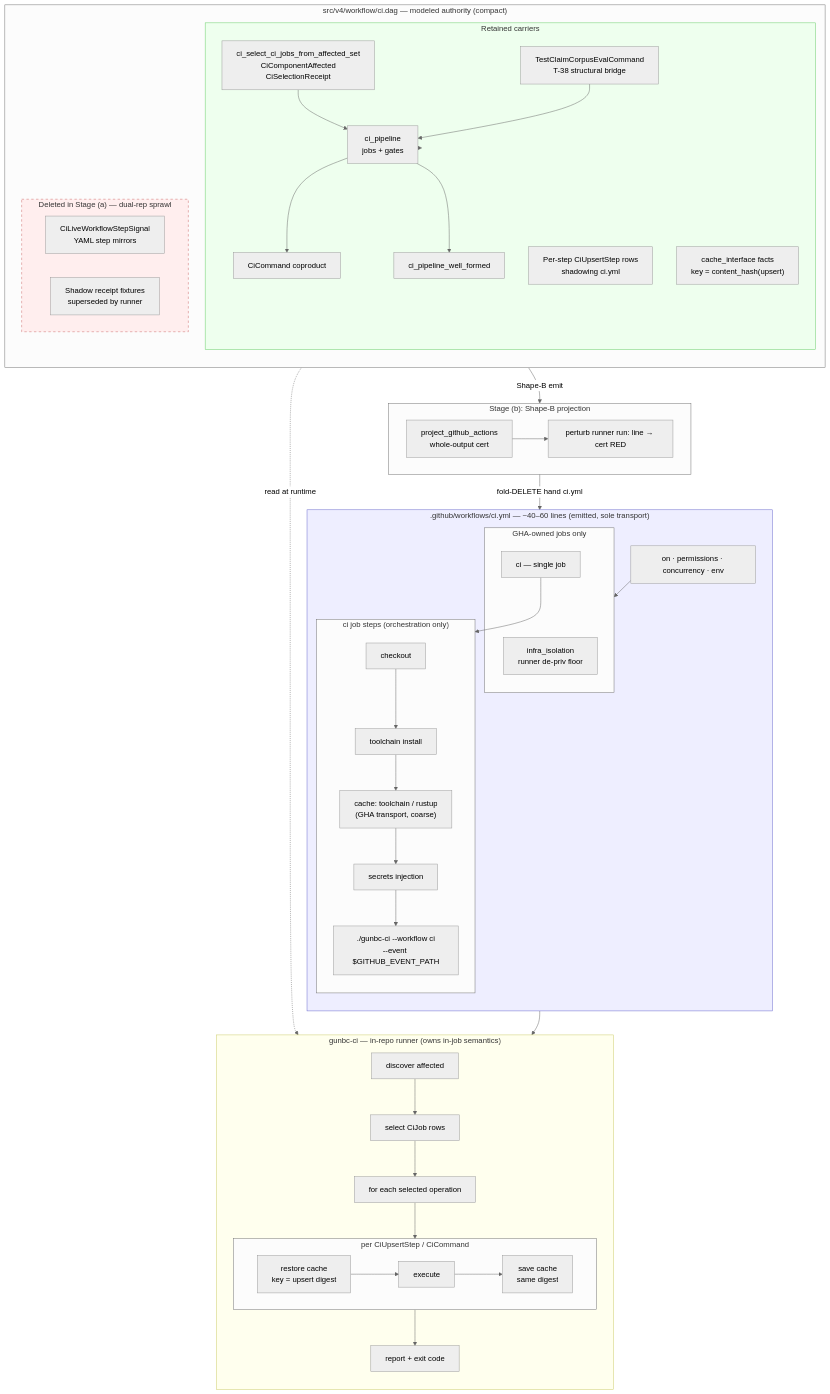
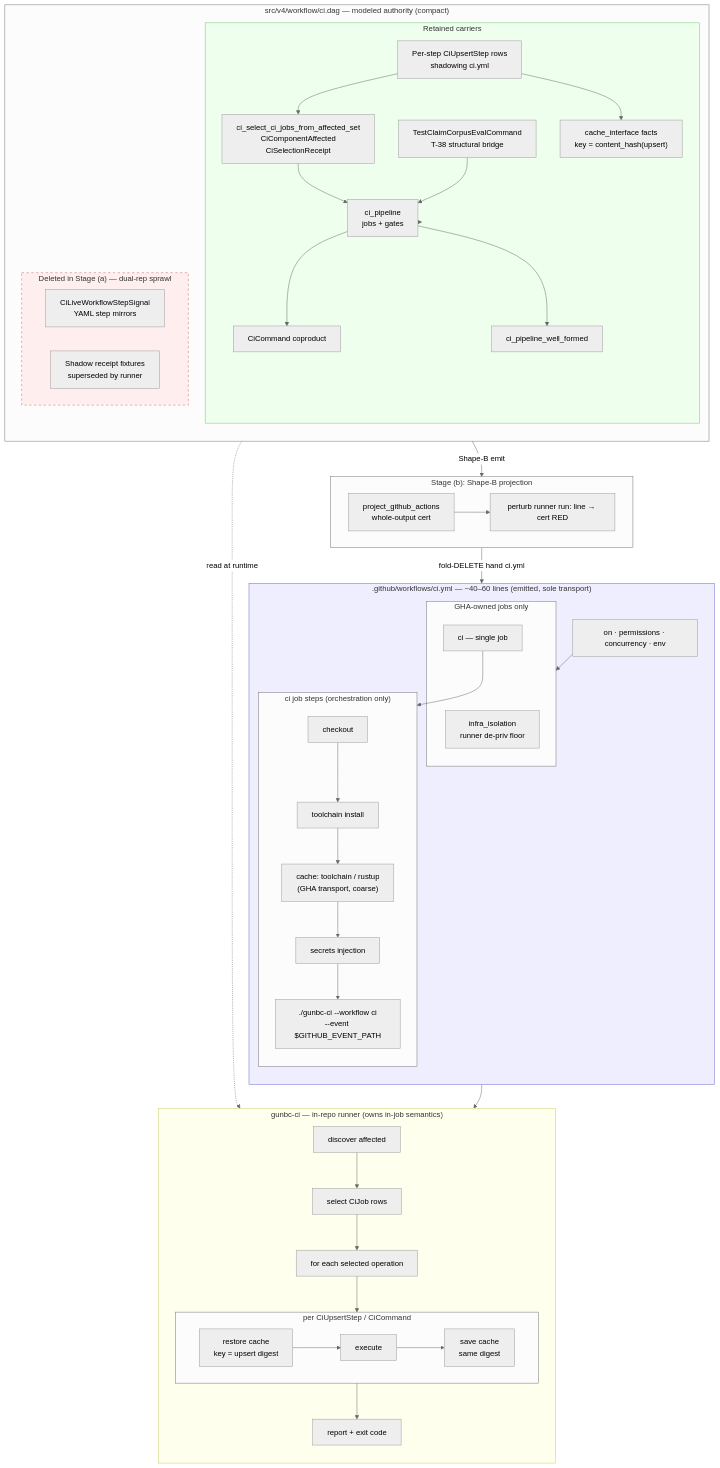
Before and after one commit to gunb-ai/gunbc: the diagram in docs/planning/thin-shim-ci-dag-dissolution-design-2026-06-08.md, drawn with Mermaid (neutral theme).

Commit message:
docs(planning): clarify per-operation cache in thin-shim design
CiUpsertStep gives each build/test its own cache_digest; runner
restore/save per op, not one job-wide key. Update mermaid + §2.4.

````diff
--- a/docs/planning/thin-shim-ci-dag-dissolution-design-2026-06-08.md
+++ b/docs/planning/thin-shim-ci-dag-dissolution-design-2026-06-08.md
@@ -91,72 +91,74 @@
 ```mermaid
 flowchart TB
   subgraph DAG["src/v4/workflow/ci.dag — modeled authority (compact)"]
     direction TB
     subgraph KEPT["Retained carriers"]
       P["ci_pipeline<br/>jobs + gates"]
       C["CiCommand coproduct"]
       WF["ci_pipeline_well_formed"]
       SEL["ci_select_ci_jobs_from_affected_set<br/>CiComponentAffected<br/>CiSelectionReceipt"]
       UPS["CiUpsertStep rows<br/>per-op inputs + cache_digest"]
       CACHE["cache_interface facts<br/>key = content_hash(upsert)"]
       T38["TestClaimCorpusEvalCommand<br/>T-38 structural bridge"]
     end
     subgraph GONE["Deleted in Stage (a) — dual-rep sprawl"]
       LWS["CiLiveWorkflowStepSignal<br/>YAML step mirrors"]
       UPS["Per-step CiUpsertStep rows<br/>shadowing ci.yml"]
       FIX["Shadow receipt fixtures<br/>superseded by runner"]
     end
     KEPT --> P
     P --> C
     P --> WF
     SEL --> P
     T38 --> P
+    UPS --> CACHE
+    UPS --> SEL
   end
 
   subgraph EMIT["Stage (b): Shape-B projection"]
     PROJ["project_github_actions<br/>whole-output cert"]
     PERTURB["perturb runner run: line → cert RED"]
     PROJ --> PERTURB
   end
 
   subgraph YML[".github/workflows/ci.yml — ~40–60 lines (emitted, sole transport)"]
     direction TB
     META["on · permissions · concurrency · env"]
     subgraph JOBS["GHA-owned jobs only"]
       INFRA["infra_isolation<br/>runner de-priv floor"]
       CI["ci — single job"]
     end
     subgraph STEPS["ci job steps (orchestration only)"]
       CO["checkout"]
       TC["toolchain install"]
       CA0["cache: toolchain / rustup<br/>(GHA transport, coarse)"]
       SEC["secrets injection"]
       RUN["./gunbc-ci --workflow ci<br/>--event $GITHUB_EVENT_PATH"]
     end
     META --> JOBS
     CI --> STEPS
     CO --> TC --> CA0 --> SEC --> RUN
   end
 
   subgraph RUNNER["gunbc-ci — in-repo runner (owns in-job semantics)"]
     direction TB
     D["discover affected"] --> S["select CiJob rows"]
     S --> LOOP["for each selected operation"]
     subgraph PEROP["per CiUpsertStep / CiCommand"]
       direction LR
       CR["restore cache<br/>key = upsert digest"] --> EX["execute"] --> CS["save cache<br/>same digest"]
     end
     LOOP --> PEROP
     PEROP --> R["report + exit code"]
   end
 
   DAG -->|"Shape-B emit"| EMIT
   EMIT -->|"fold-DELETE hand ci.yml"| YML
   RUN --> RUNNER
   DAG -.->|"read at runtime"| RUNNER
 
   style GONE fill:#fee,stroke:#c66,stroke-dasharray: 5 5
   style KEPT fill:#efe,stroke:#6c6
   style YML fill:#eef,stroke:#66c
   style RUNNER fill:#ffe,stroke:#cc6
 ```
````
